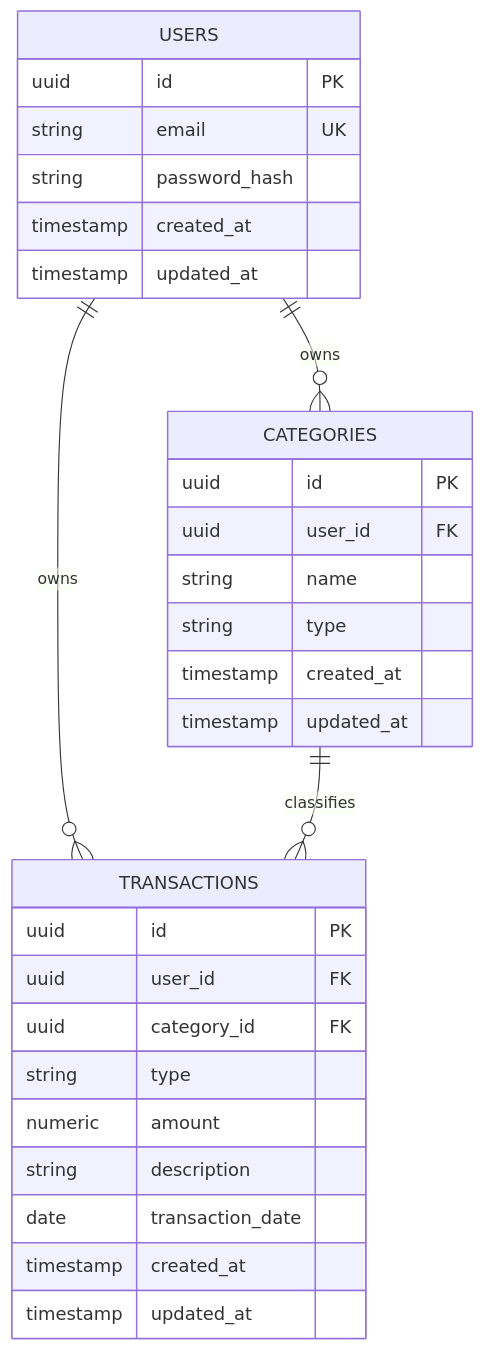
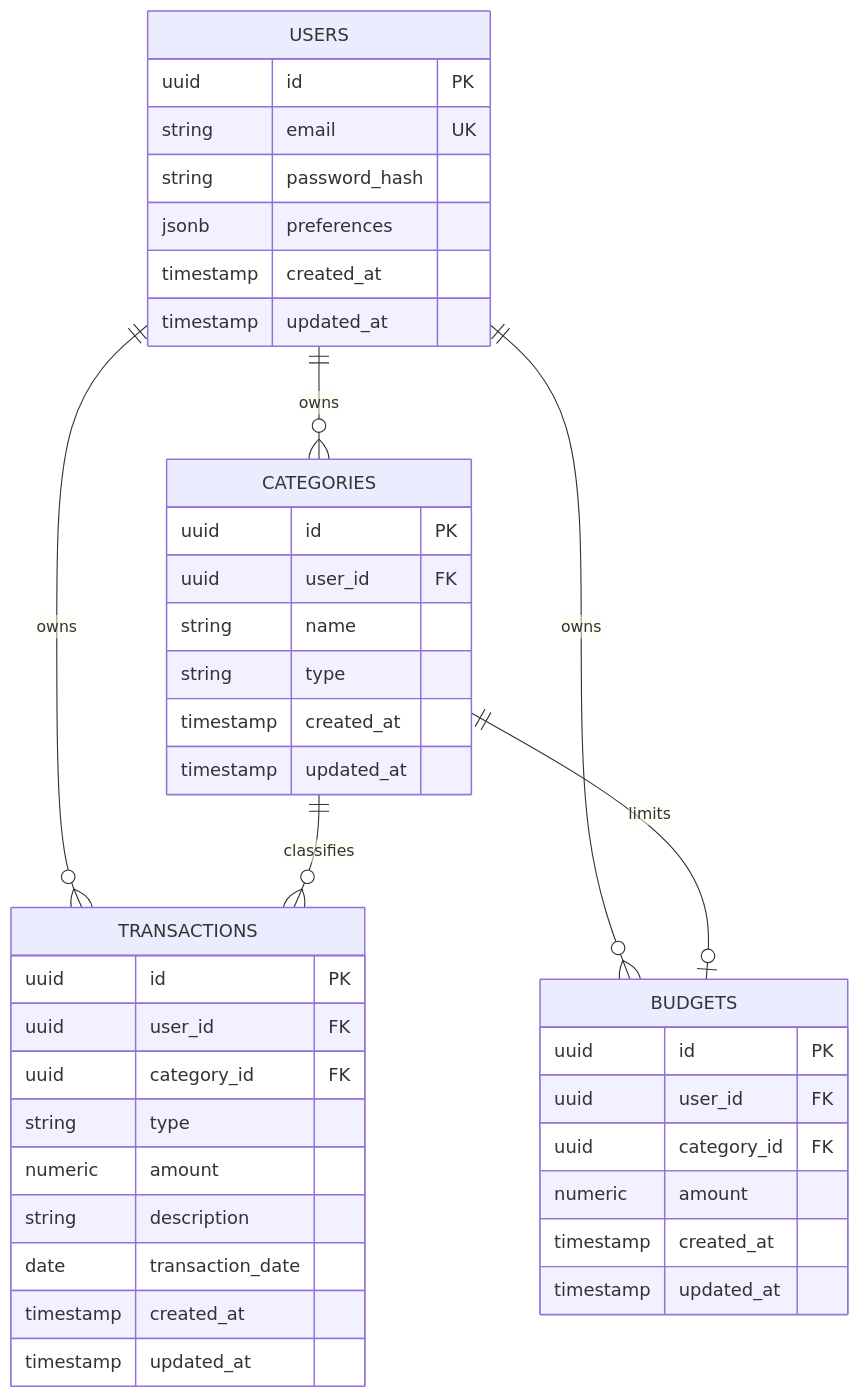
Before and after one commit to kianlabs/uangku: the diagram in docs/erd.md, drawn with Mermaid. The commit also changed other lines of this file and 44 other files, not shown here.

````diff
--- a/docs/erd.md
+++ b/docs/erd.md
@@ -74,35 +79,47 @@
 ```mermaid
 erDiagram
     USERS ||--o{ CATEGORIES : owns
     USERS ||--o{ TRANSACTIONS : owns
+    USERS ||--o{ BUDGETS : owns
     CATEGORIES ||--o{ TRANSACTIONS : classifies
+    CATEGORIES ||--o| BUDGETS : limits
 
     USERS {
         uuid id PK
         string email UK
         string password_hash
+        jsonb preferences
         timestamp created_at
         timestamp updated_at
     }
 
     CATEGORIES {
         uuid id PK
         uuid user_id FK
         string name
         string type
         timestamp created_at
         timestamp updated_at
     }
 
     TRANSACTIONS {
         uuid id PK
         uuid user_id FK
         uuid category_id FK
         string type
         numeric amount
         string description
         date transaction_date
         timestamp created_at
         timestamp updated_at
     }
+
+    BUDGETS {
+        uuid id PK
+        uuid user_id FK
+        uuid category_id FK
+        numeric amount
+        timestamp created_at
+        timestamp updated_at
+    }
 ```
````
